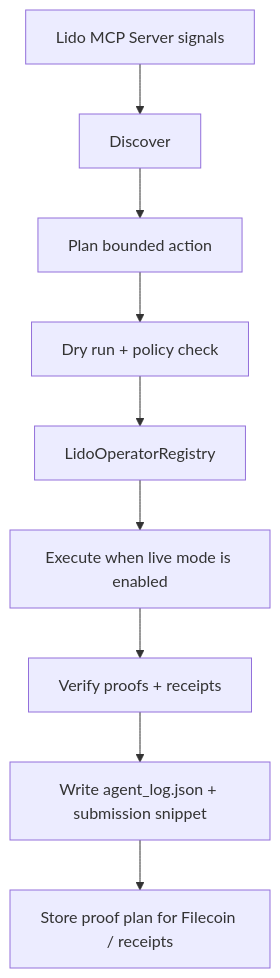
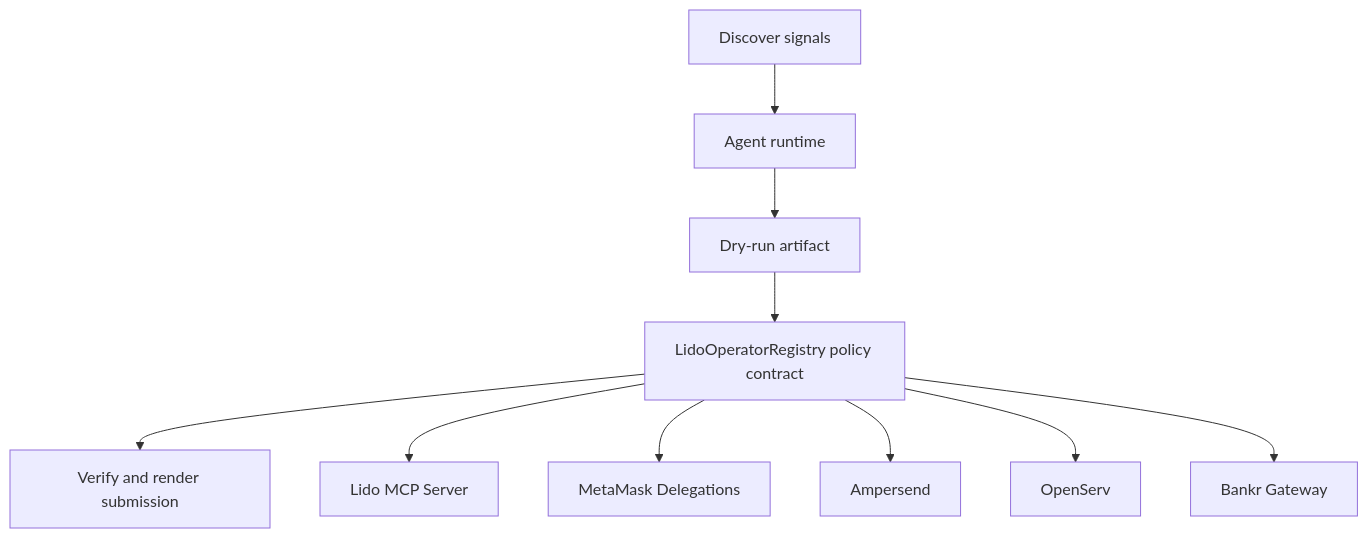
One commit to CrystallineButterfly/Synthesis-Lido-MCPServer changed the diagram in docs/architecture.mmd. Above: the diagram before and after it, drawn with Mermaid. The commit also changed 998 other files, not shown here.

Commit message:
Implement bounded agent runtime

```diff
--- a/docs/architecture.mmd
+++ b/docs/architecture.mmd
@@ -1,9 +1,12 @@
 flowchart TD
-    Signals[Lido MCP Server signals] --> Discover[Discover]
-    Discover --> Plan[Plan bounded action]
-    Plan --> DryRun[Dry run + policy check]
-    DryRun --> Guard[LidoOperatorRegistry]
-    Guard --> Execute[Execute when live mode is enabled]
-    Execute --> Verify[Verify proofs + receipts]
-    Verify --> Persist[Write agent_log.json + submission snippet]
-    Persist --> Storage[Store proof plan for Filecoin / receipts]
+    Signals[Discover signals]
+    Planner[Agent runtime]
+    DryRun[Dry-run artifact]
+    Contract[LidoOperatorRegistry policy contract]
+    Verify[Verify and render submission]
+    Signals --> Planner --> DryRun --> Contract --> Verify
+    Contract --> lido_mcp_server[Lido MCP Server]
+    Contract --> metamask_delegations[MetaMask Delegations]
+    Contract --> ampersend[Ampersend]
+    Contract --> openserv[OpenServ]
+    Contract --> bankr_gateway[Bankr Gateway]
```
